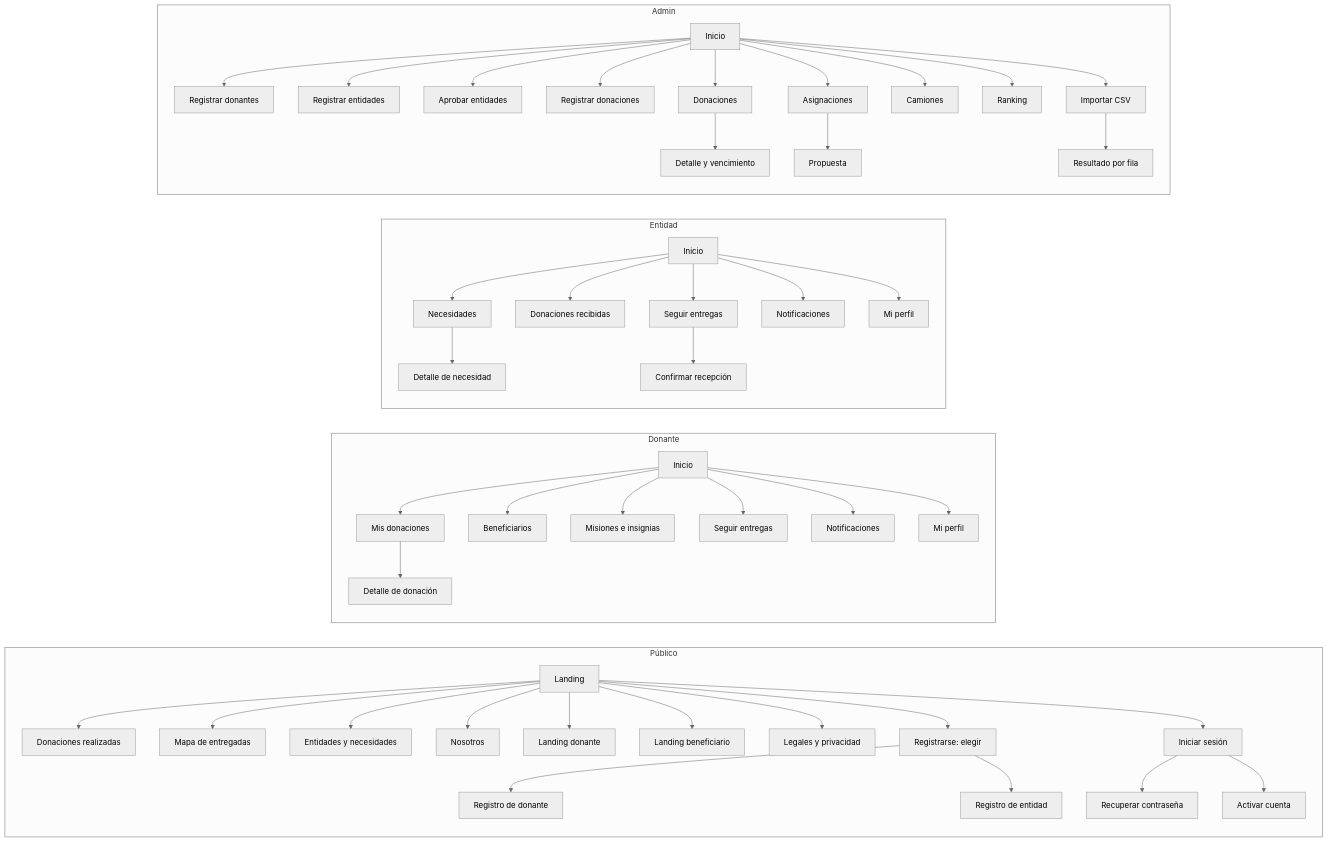
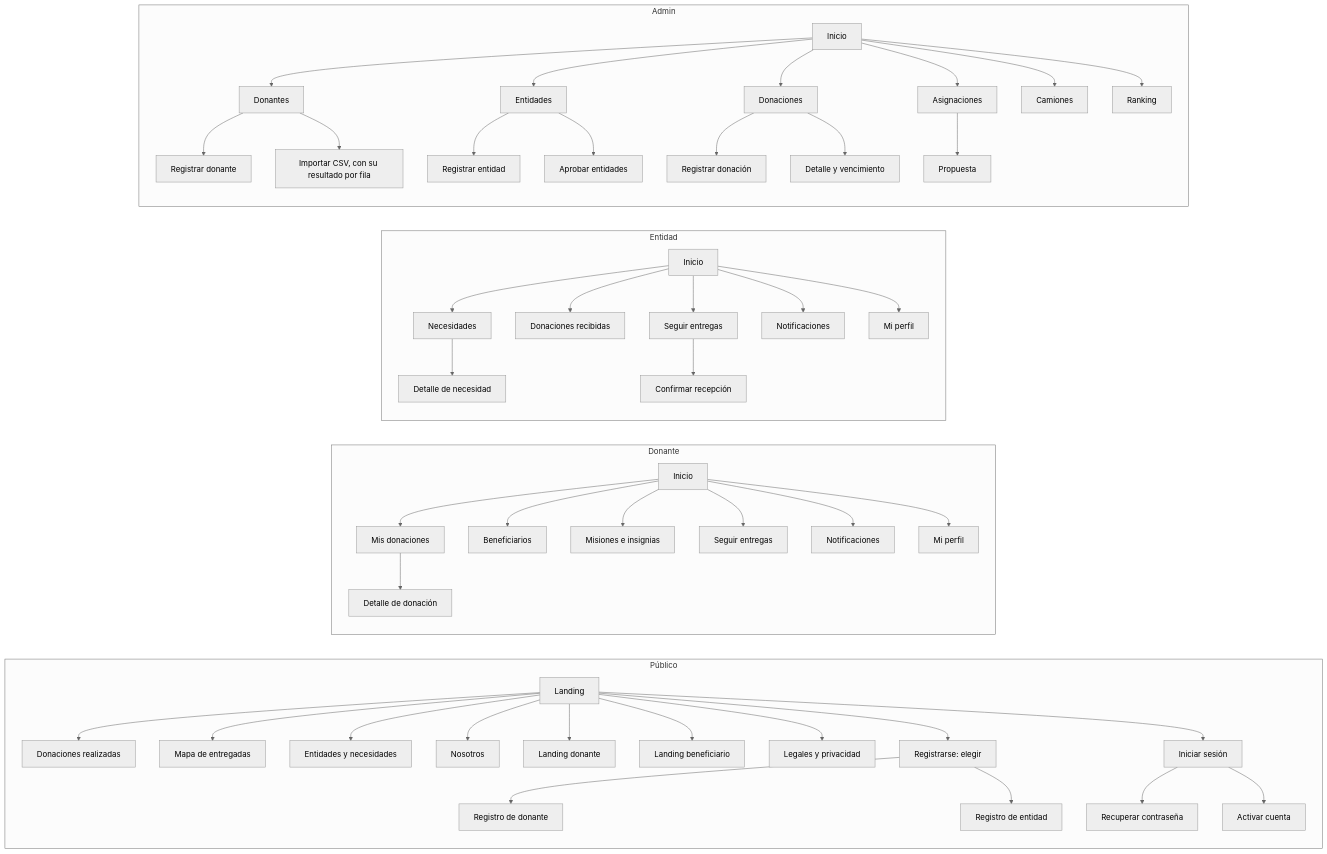
Before and after one commit to tsorren/DonaTrack-TP-DDS: the diagram in docs/interfaz/mapa-del-sitio.md, drawn with Mermaid (neutral theme). The commit also changed other lines of this file and 58 other files, not shown here.

````diff
--- a/docs/interfaz/mapa-del-sitio.md
+++ b/docs/interfaz/mapa-del-sitio.md
@@ -12,44 +12,47 @@
 ```mermaid
 flowchart LR
   subgraph Publico["Público"]
     L[Landing] --> DR[Donaciones realizadas]
     L --> MP[Mapa de entregadas]
     L --> EN[Entidades y necesidades]
     L --> NO[Nosotros]
     L --> LD[Landing donante]
     L --> LB[Landing beneficiario]
     L --> LG[Legales y privacidad]
     L --> IS[Iniciar sesión]
     L --> RE[Registrarse: elegir]
     RE --> RD[Registro de donante]
     RE --> RN[Registro de entidad]
     IS --> RC[Recuperar contraseña]
     IS --> AC[Activar cuenta]
   end
   subgraph Donante
     ID[Inicio] --> MD[Mis donaciones] --> DD[Detalle de donación]
     ID --> BE[Beneficiarios]
     ID --> MI[Misiones e insignias]
     ID --> SD[Seguir entregas]
     ID --> ND[Notificaciones]
     ID --> PD[Mi perfil]
   end
   subgraph Entidad
     IE[Inicio] --> NE[Necesidades] --> DN[Detalle de necesidad]
     IE --> DRc[Donaciones recibidas]
     IE --> SE[Seguir entregas] --> CR[Confirmar recepción]
     IE --> NN[Notificaciones]
     IE --> PE[Mi perfil]
   end
   subgraph Admin
-    IA[Inicio] --> RDo[Registrar donantes]
-    IA --> REn[Registrar entidades]
-    IA --> AE[Aprobar entidades]
-    IA --> RDn[Registrar donaciones]
-    IA --> DO[Donaciones] --> DV[Detalle y vencimiento]
+    IA[Inicio] --> DOa[Donantes]
+    DOa --> RDo[Registrar donante]
+    DOa --> CSV[Importar CSV, con su resultado por fila]
+    IA --> ENa[Entidades]
+    ENa --> REn[Registrar entidad]
+    ENa --> AE[Aprobar entidades]
+    IA --> DO[Donaciones]
+    DO --> RDn[Registrar donación]
+    DO --> DV[Detalle y vencimiento]
     IA --> AS[Asignaciones] --> PR[Propuesta]
     IA --> CA[Camiones]
     IA --> RK[Ranking]
-    IA --> CSV[Importar CSV] --> RES[Resultado por fila]
   end
 ```
````
